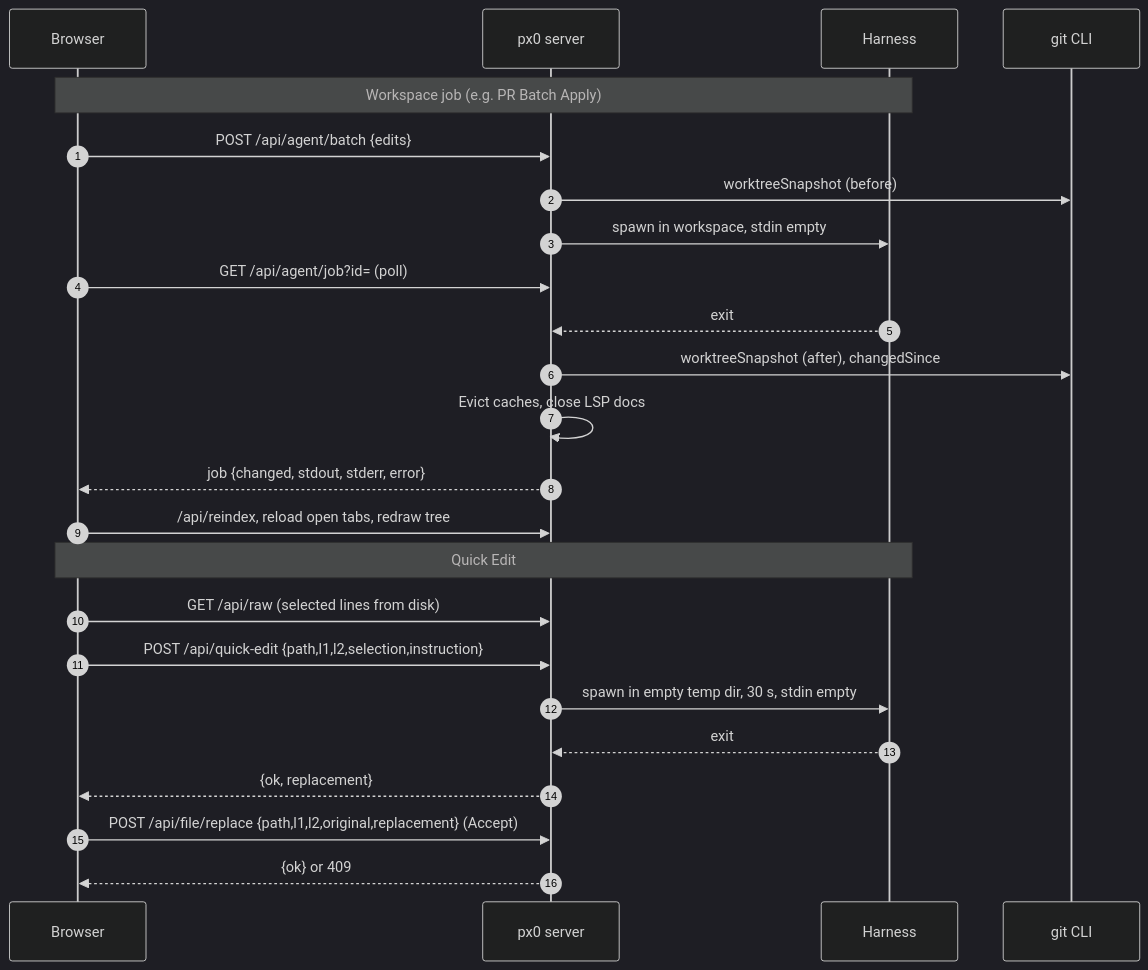
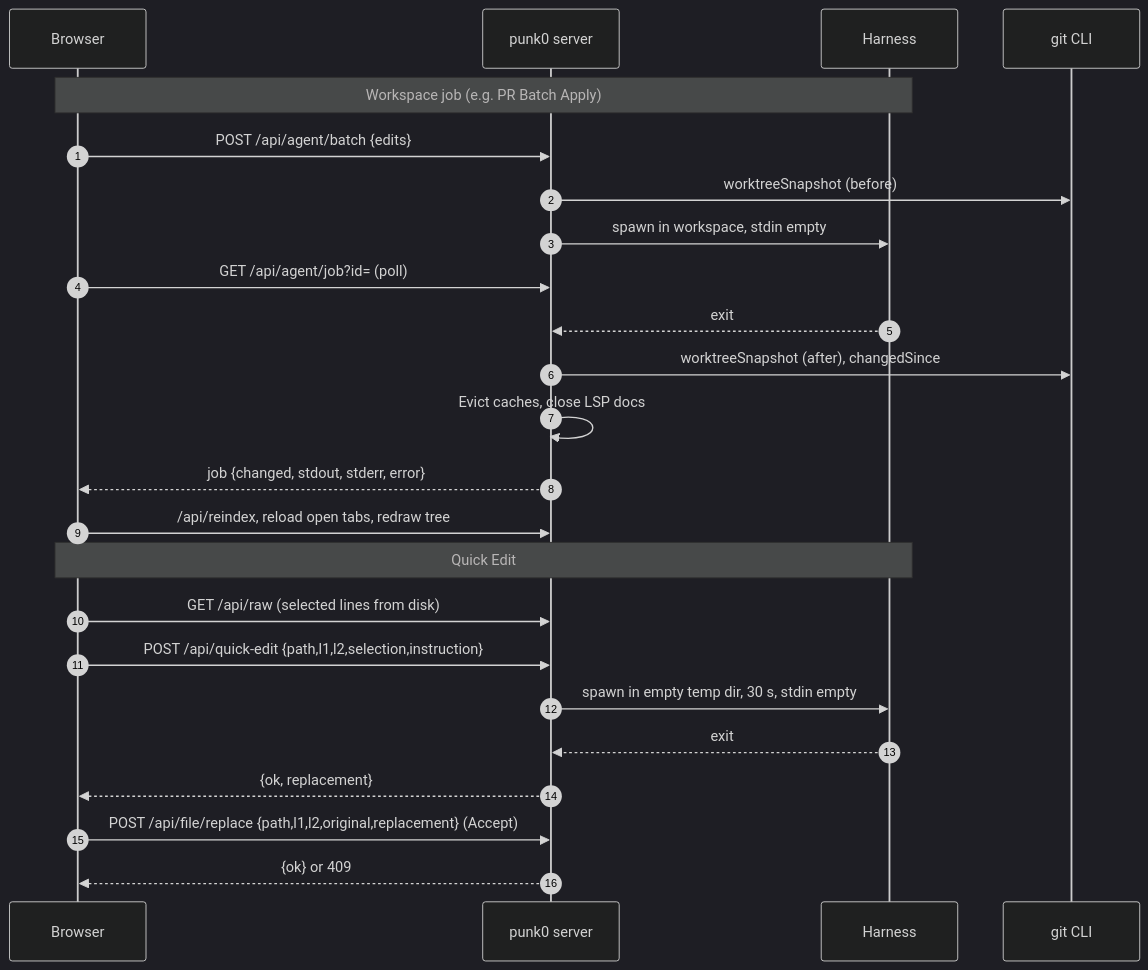
One commit to Neautrino/punk0 changed the diagram in docs/internals/agent-editing.md. Above: the diagram before and after it, drawn with Mermaid (dark theme). The commit also changed other lines of this file and 51 other files, not shown here.

````diff
--- a/docs/internals/agent-editing.md
+++ b/docs/internals/agent-editing.md
@@ -25,28 +25,28 @@
 ```mermaid
 sequenceDiagram
     autonumber
     participant UI as Browser
-    participant S as px0 server
+    participant S as punk0 server
     participant H as Harness
     participant G as git CLI
 
     Note over UI,H: Workspace job (e.g. PR Batch Apply)
     UI->>S: POST /api/agent/batch {edits}
     S->>G: worktreeSnapshot (before)
     S->>H: spawn in workspace, stdin empty
     UI->>S: GET /api/agent/job?id= (poll)
     H-->>S: exit
     S->>G: worktreeSnapshot (after), changedSince
     S->>S: Evict caches, close LSP docs
     S-->>UI: job {changed, stdout, stderr, error}
     UI->>S: /api/reindex, reload open tabs, redraw tree
 
     Note over UI,H: Quick Edit
     UI->>S: GET /api/raw (selected lines from disk)
     UI->>S: POST /api/quick-edit {path,l1,l2,selection,instruction}
     S->>H: spawn in empty temp dir, 30 s, stdin empty
     H-->>S: exit
     S-->>UI: {ok, replacement}
     UI->>S: POST /api/file/replace {path,l1,l2,original,replacement} (Accept)
     S-->>UI: {ok} or 409
 ```
````
